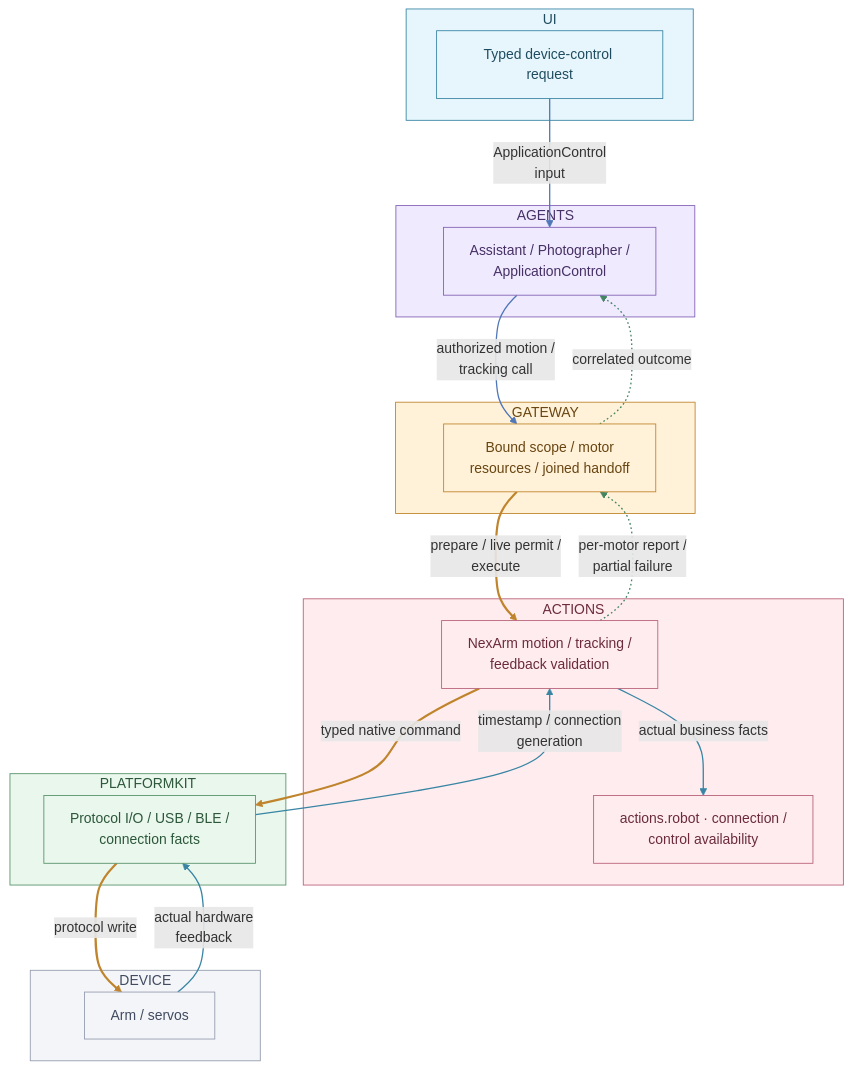
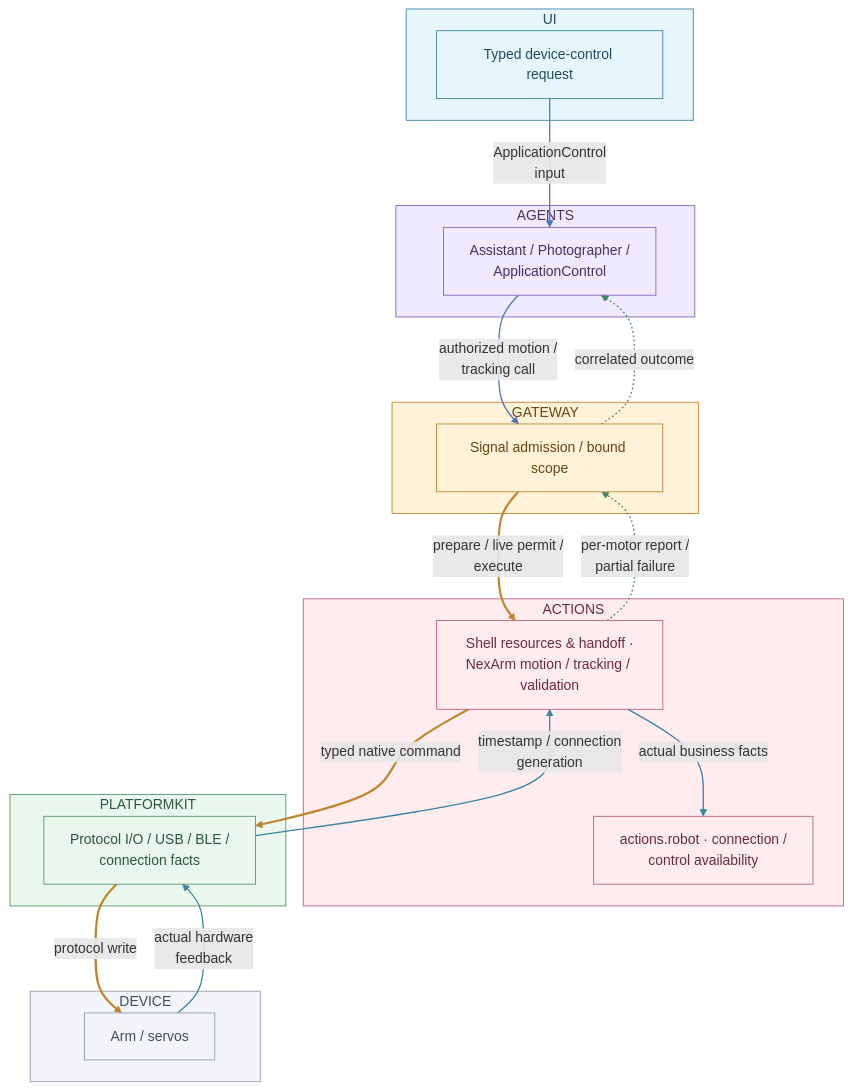
Diagram 21 of 27 in MobileHarness/README.md (devilyouwei/MobileHarness), drawn with Mermaid before and after one commit. The commit also changed other lines of this file and 4 other files, not shown here.

First line of the commit message:
docs: align READMEs and diagrams with Gateway/Actions separation

````diff
--- a/MobileHarness/README.md
+++ b/MobileHarness/README.md
@@ -1310,54 +1327,54 @@
 ```mermaid
 flowchart TB
     subgraph Interaction["UI"]
         UI["Typed device-control request"]:::ui
     end
     style Interaction fill:#e7f6fc,stroke:#3985a4,color:#1f4c60
     subgraph Cognition["AGENTS"]
         A["Assistant / Photographer /<br/>ApplicationControl"]:::agent
     end
     style Cognition fill:#f0eaff,stroke:#8261b5,color:#463065
     subgraph Coordination["GATEWAY"]
-        G["Bound scope / motor<br/>resources / joined handoff"]:::gateway
+        G["Signal admission / bound scope"]:::gateway
     end
     style Coordination fill:#fff2d9,stroke:#bf842c,color:#694511
     subgraph Execution["ACTIONS"]
-        Service["NexArm motion / tracking /<br/>feedback validation"]:::action
+        Service["Shell resources &amp; handoff ·<br/>NexArm motion / tracking / validation"]:::action
         Facts["actions.robot · connection /<br/>control availability"]:::action
     end
     style Execution fill:#ffecef,stroke:#b86178,color:#6b2b3d
     subgraph PlatformOwner["PLATFORMKIT"]
         Native["Protocol I/O / USB / BLE /<br/>connection facts"]:::platform
     end
     style PlatformOwner fill:#eaf7ed,stroke:#56936a,color:#2c573a
     subgraph Hardware["DEVICE"]
         Device["Arm / servos"]:::neutral
     end
     style Hardware fill:#f4f5f8,stroke:#939bad,color:#414b60
     UI -->|"ApplicationControl<br/>input"| A
     A -->|"authorized motion /<br/>tracking call"| G
     G ==>|"prepare / live permit /<br/>execute"| Service
     Service ==>|"typed native command"| Native
     Native ==>|"protocol write"| Device
     Device -->|"actual hardware<br/>feedback"| Native
     Native -->|"timestamp / connection<br/>generation"| Service
     Service -.->|"per-motor report /<br/>partial failure"| G
     G -.->|"correlated outcome"| A
     Service -->|"actual business facts"| Facts
     classDef action fill:#ffecef,stroke:#b86178,color:#6b2b3d
     classDef agent fill:#f0eaff,stroke:#8261b5,color:#463065
     classDef gateway fill:#fff2d9,stroke:#bf842c,color:#694511
     classDef neutral fill:#f4f5f8,stroke:#939bad,color:#414b60
     classDef platform fill:#eaf7ed,stroke:#56936a,color:#2c573a
     classDef ui fill:#e7f6fc,stroke:#3985a4,color:#1f4c60
     linkStyle 0 stroke:#5078b8,stroke-width:1.5px
     linkStyle 1 stroke:#5078b8,stroke-width:1.5px
     linkStyle 2 stroke:#bf842c,stroke-width:2.5px
     linkStyle 3 stroke:#bf842c,stroke-width:2.5px
     linkStyle 4 stroke:#bf842c,stroke-width:2.5px
     linkStyle 5 stroke:#3985a4,stroke-width:1.5px
     linkStyle 6 stroke:#3985a4,stroke-width:1.5px
     linkStyle 7 stroke:#438463,stroke-width:1.5px,stroke-dasharray:2 3
     linkStyle 8 stroke:#438463,stroke-width:1.5px,stroke-dasharray:2 3
     linkStyle 9 stroke:#3985a4,stroke-width:1.5px
 ```
````
